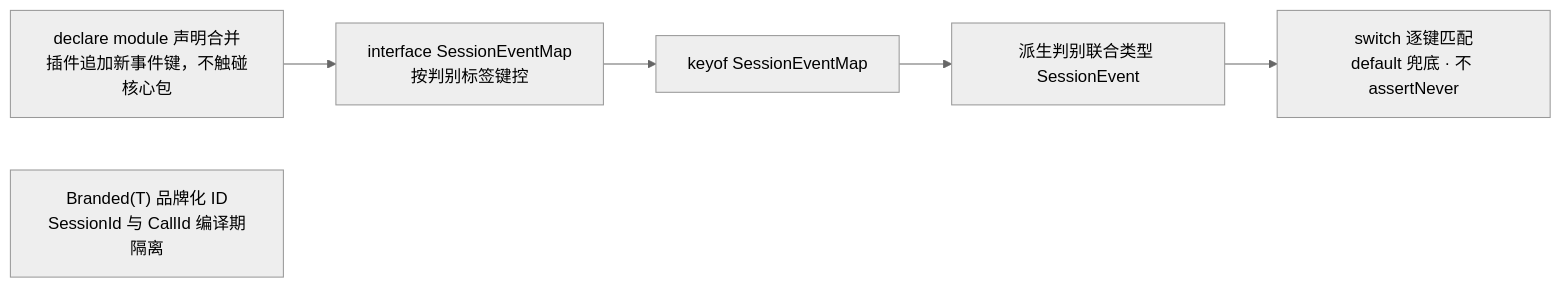
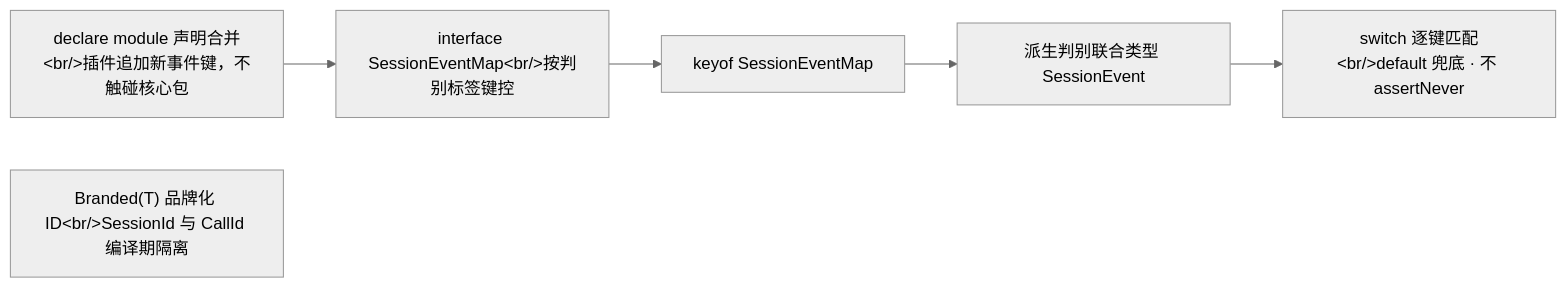
Before and after one commit to ZZKeepCurious/mini-deepseek-harness-python: the seventh of 9 diagrams in docs/report/02-architecture.md, drawn with Mermaid (neutral theme). The commit also changed other lines of this file and 27 other files, not shown here.

````diff
--- a/docs/report/02-architecture.md
+++ b/docs/report/02-architecture.md
@@ -260,11 +260,11 @@
 ```mermaid
 flowchart LR
-  MAP["interface SessionEventMap<br/>按判别标签键控"]
+  MAP["interface SessionEventMap&lt;br/&gt;按判别标签键控"]
   KEY["keyof SessionEventMap"]
   UNI["派生判别联合类型 SessionEvent"]
-  EXT["declare module 声明合并<br/>插件追加新事件键，不触碰核心包"]
-  SW["switch 逐键匹配<br/>default 兜底 · 不 assertNever"]
-  BR["Branded(T) 品牌化 ID<br/>SessionId 与 CallId 编译期隔离"]
+  EXT["declare module 声明合并&lt;br/&gt;插件追加新事件键，不触碰核心包"]
+  SW["switch 逐键匹配&lt;br/&gt;default 兜底 · 不 assertNever"]
+  BR["Branded(T) 品牌化 ID&lt;br/&gt;SessionId 与 CallId 编译期隔离"]
   MAP --> KEY --> UNI --> SW
   EXT --> MAP
 ```
````
